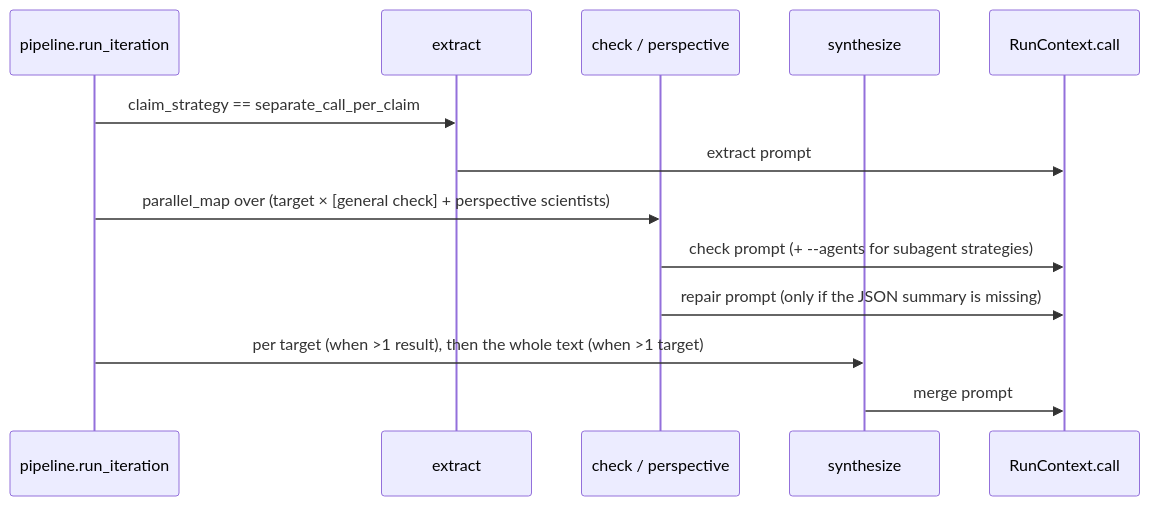
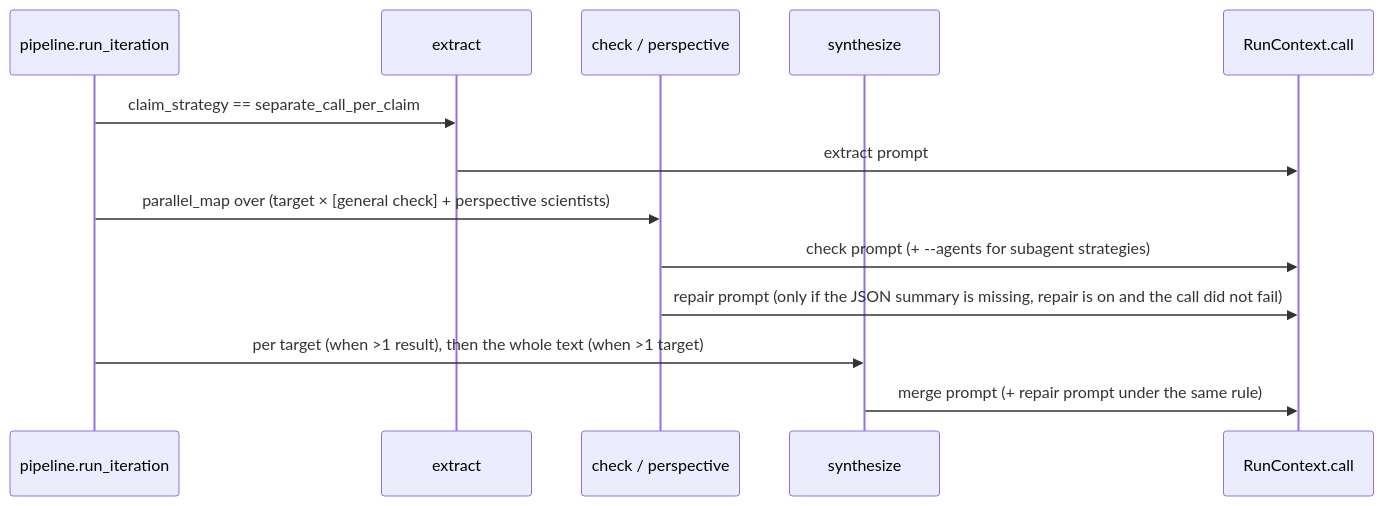
Before and after one commit to BurnyCoder/auto-but-actually-fact-checker-evaluator: the diagram in docs/architecture.md, drawn with Mermaid. The commit also changed other lines of this file and 7 other files, not shown here.

````diff
--- a/docs/architecture.md
+++ b/docs/architecture.md
@@ -26,15 +26,15 @@
 ```mermaid
 sequenceDiagram
   participant P as pipeline.run_iteration
   participant E as extract
   participant C as check / perspective
   participant S as synthesize
   participant X as RunContext.call
   P->>E: claim_strategy == separate_call_per_claim
   E->>X: extract prompt
   P->>C: parallel_map over (target × [general check] + perspective scientists)
   C->>X: check prompt (+ --agents for subagent strategies)
-  C->>X: repair prompt (only if the JSON summary is missing)
+  C->>X: repair prompt (only if the JSON summary is missing, repair is on and the call did not fail)
   P->>S: per target (when >1 result), then the whole text (when >1 target)
-  S->>X: merge prompt
+  S->>X: merge prompt (+ repair prompt under the same rule)
 ```
````
